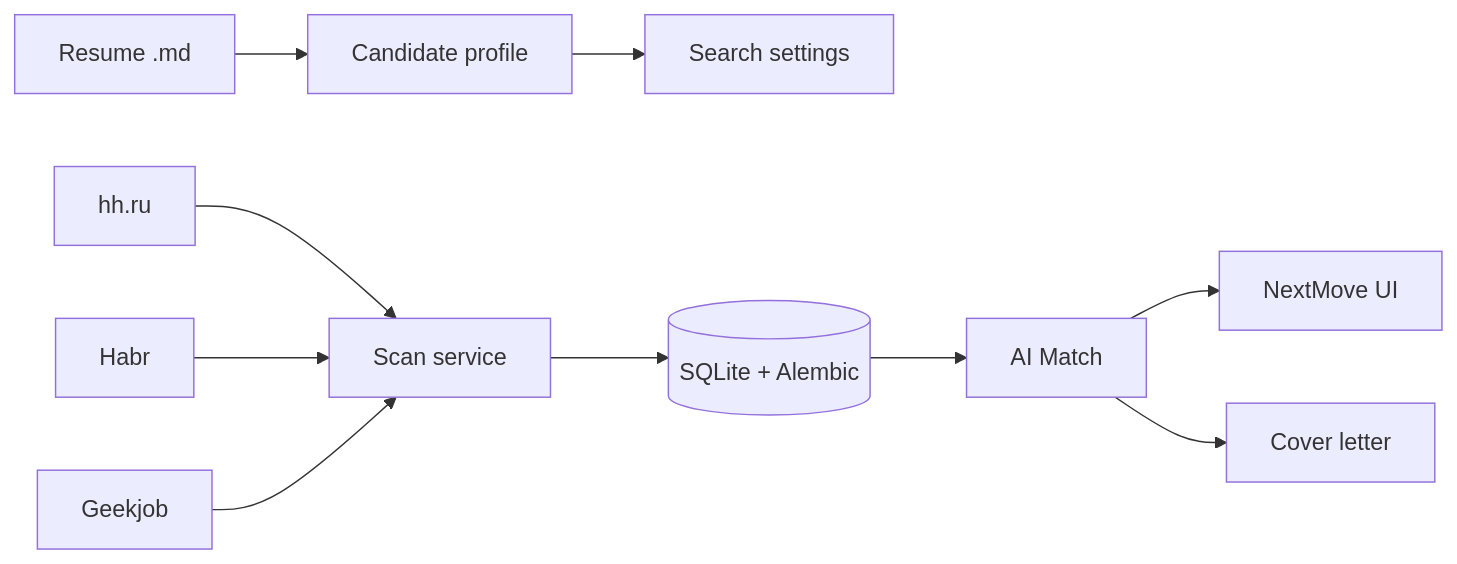
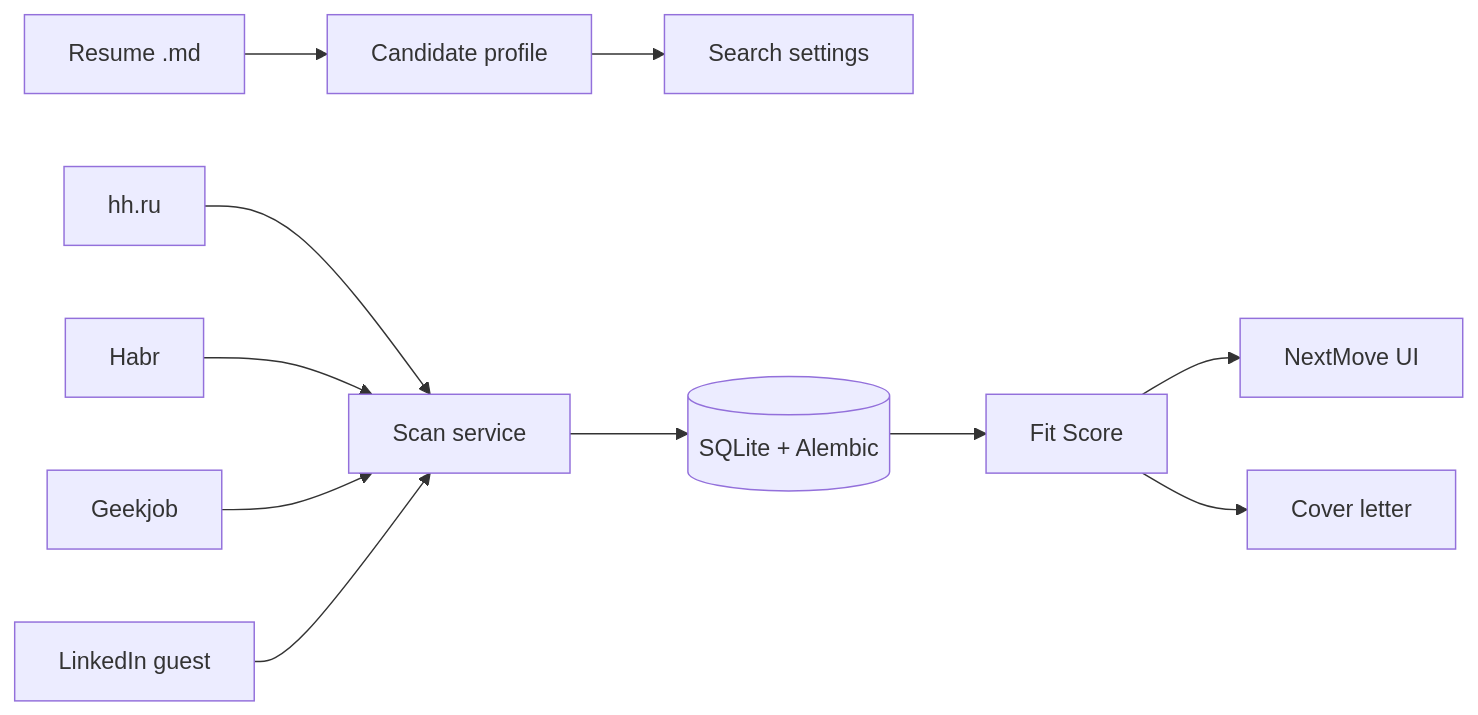
Before and after one commit to addito-5G/job-scout: the diagram in README.md, drawn with Mermaid. The commit also changed other lines of this file and 99 other files, not shown here.

First line of the commit message:
Unify vacancy matching with deterministic Fit Score and expand integrations.

````diff
--- a/README.md
+++ b/README.md
@@ -70,12 +70,13 @@
 ```mermaid
 flowchart LR
     R[Resume .md] --> P[Candidate profile]
     P --> S[Search settings]
     HH[hh.ru] --> SC[Scan service]
     HB[Habr] --> SC
     GJ[Geekjob] --> SC
+    LI[LinkedIn guest] --> SC
     SC --> DB[(SQLite + Alembic)]
-    DB --> M[AI Match]
-    M --> UI[NextMove UI]
-    M --> CL[Cover letter]
+    DB --> F[Fit Score]
+    F --> UI[NextMove UI]
+    F --> CL[Cover letter]
 ```
````
